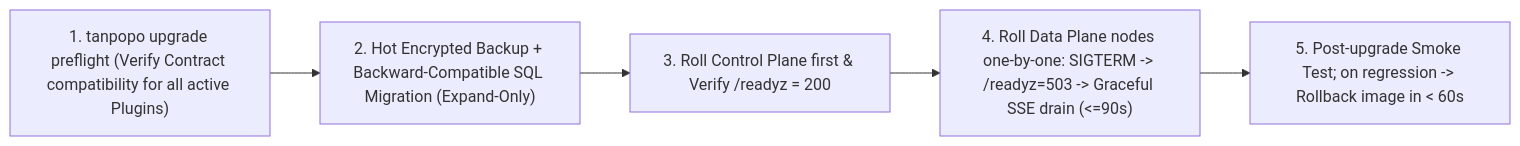
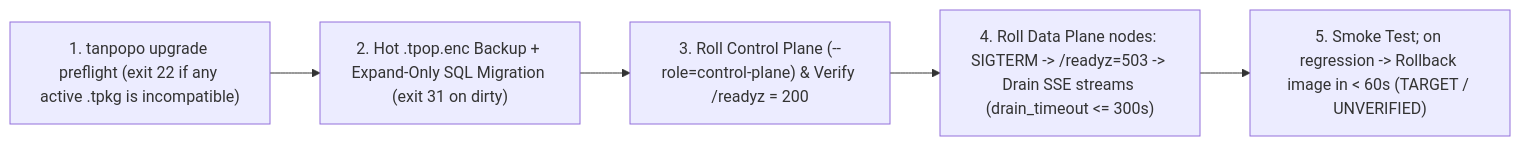
Before and after one commit to nguywnben/tanpopo: the diagram in docs/operations/installer-upgrades.md, drawn with Mermaid. The commit also changed other lines of this file and 70 other files, not shown here.

````diff
--- a/docs/operations/installer-upgrades.md
+++ b/docs/operations/installer-upgrades.md
@@ -122,7 +115,7 @@
 ```mermaid
 flowchart LR
-    U1["1. tanpopo upgrade preflight (Verify Contract compatibility for all active Plugins)"] --> U2["2. Hot Encrypted Backup + Backward-Compatible SQL Migration (Expand-Only)"]
-    U2 --> U3["3. Roll Control Plane first & Verify /readyz = 200"]
-    U3 --> U4["4. Roll Data Plane nodes one-by-one: SIGTERM -> /readyz=503 -> Graceful SSE drain (<=90s)"]
-    U4 --> U5["5. Post-upgrade Smoke Test; on regression -> Rollback image in < 60s"]
+    U1["1. tanpopo upgrade preflight (exit 22 if any active .tpkg is incompatible)"] --> U2["2. Hot .tpop.enc Backup + Expand-Only SQL Migration (exit 31 on dirty)"]
+    U2 --> U3["3. Roll Control Plane (--role=control-plane) & Verify /readyz = 200"]
+    U3 --> U4["4. Roll Data Plane nodes: SIGTERM -> /readyz=503 -> Drain SSE streams (drain_timeout <= 300s)"]
+    U4 --> U5["5. Smoke Test; on regression -> Rollback image in < 60s (TARGET / UNVERIFIED)"]
 ```
````
